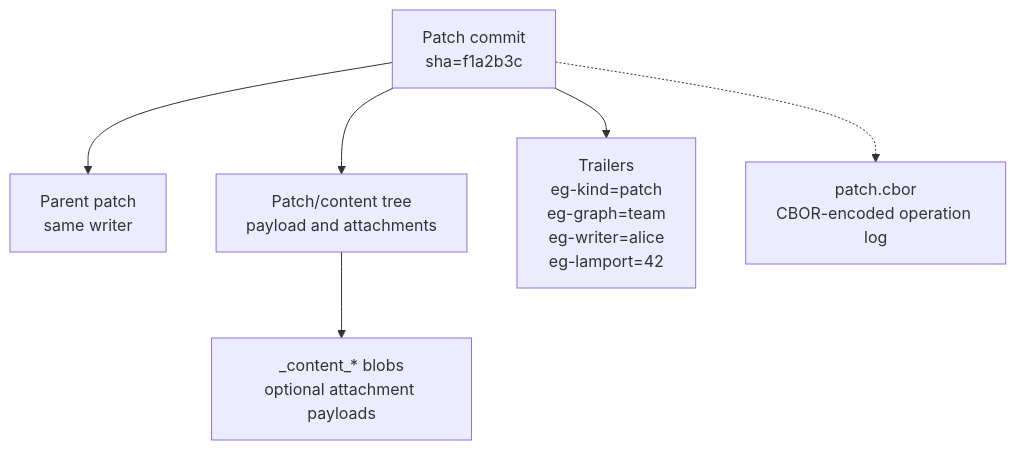
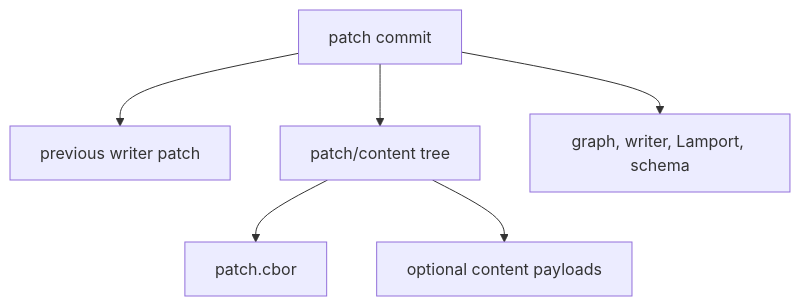
The diagram in docs/topics/git-substrate.md (git-stunts/git-warp), drawn with Mermaid before and after one commit. The commit also changed other lines of this file and 1179 other files, not shown here.

````diff
--- a/docs/topics/git-substrate.md
+++ b/docs/topics/git-substrate.md
@@ -43,8 +49,8 @@
 ```mermaid
 flowchart TB
-    commit["Patch commit<br />sha=f1a2b3c"] --> parent["Parent patch<br />same writer"]
-    commit --> tree["Patch/content tree<br />payload and attachments"]
-    commit --> trailers["Trailers<br />eg-kind=patch<br />eg-graph=team<br />eg-writer=alice<br />eg-lamport=42"]
-    commit -.-> blob["patch.cbor<br />CBOR-encoded operation log"]
-    tree --> attachments["_content_* blobs<br />optional attachment payloads"]
+    commit["patch commit"] --> parent["previous writer patch"]
+    commit --> tree["patch/content tree"]
+    commit --> trailers["graph, writer, Lamport, schema"]
+    tree --> patch["patch.cbor"]
+    tree --> content["optional content payloads"]
 ```
````
